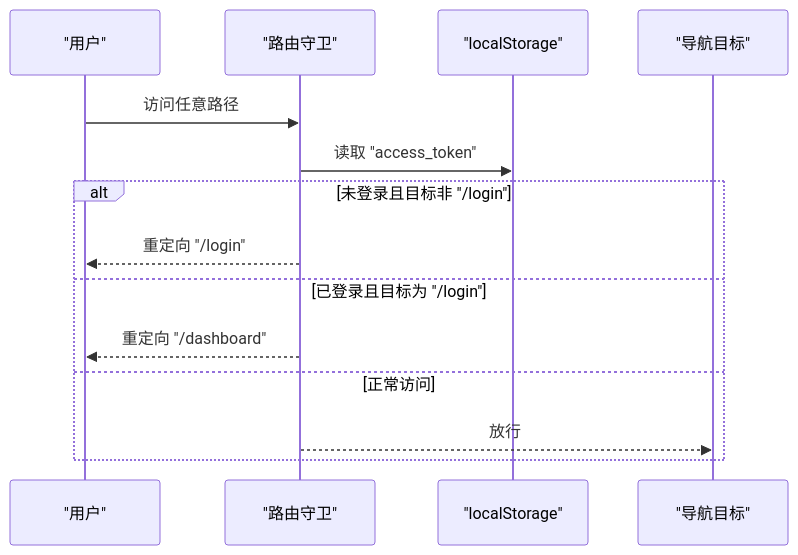
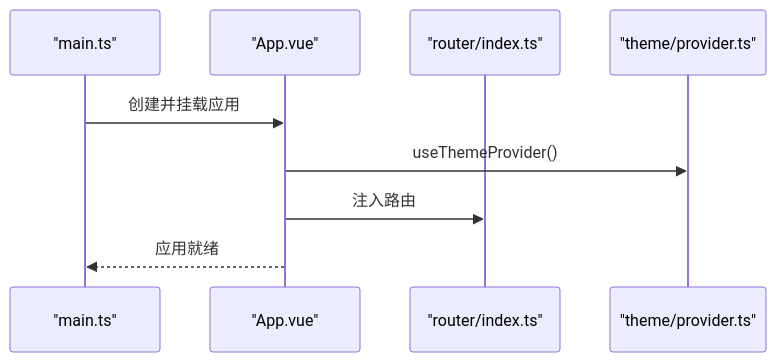
One commit to ATOMLubover/poprako changed the third of 11 diagrams in .qoder/repowiki/zh/content/前端应用架构/前端应用架构.md. Above: the diagram before and after it, drawn with Mermaid. The commit also changed other lines of this file and 132 other files, not shown here.

````diff
--- a/.qoder/repowiki/zh/content/前端应用架构/前端应用架构.md
+++ b/.qoder/repowiki/zh/content/前端应用架构/前端应用架构.md
@@ -160,16 +162,11 @@
 ```mermaid
 sequenceDiagram
-participant U as "用户"
-participant R as "路由守卫"
-participant LS as "localStorage"
-participant N as "导航目标"
-U->>R : 访问任意路径
-R->>LS : 读取 "access_token"
-alt 未登录且目标非 "/login"
-R-->>U : 重定向 "/login"
-else 已登录且目标为 "/login"
-R-->>U : 重定向 "/dashboard"
-else 正常访问
-R-->>N : 放行
-end
+participant Boot as "main.ts"
+participant App as "App.vue"
+participant Router as "router/index.ts"
+participant Theme as "theme/provider.ts"
+Boot->>App : 创建并挂载应用
+App->>Theme : useThemeProvider()
+App->>Router : 注入路由
+App-->>Boot : 应用就绪
 ```
````
